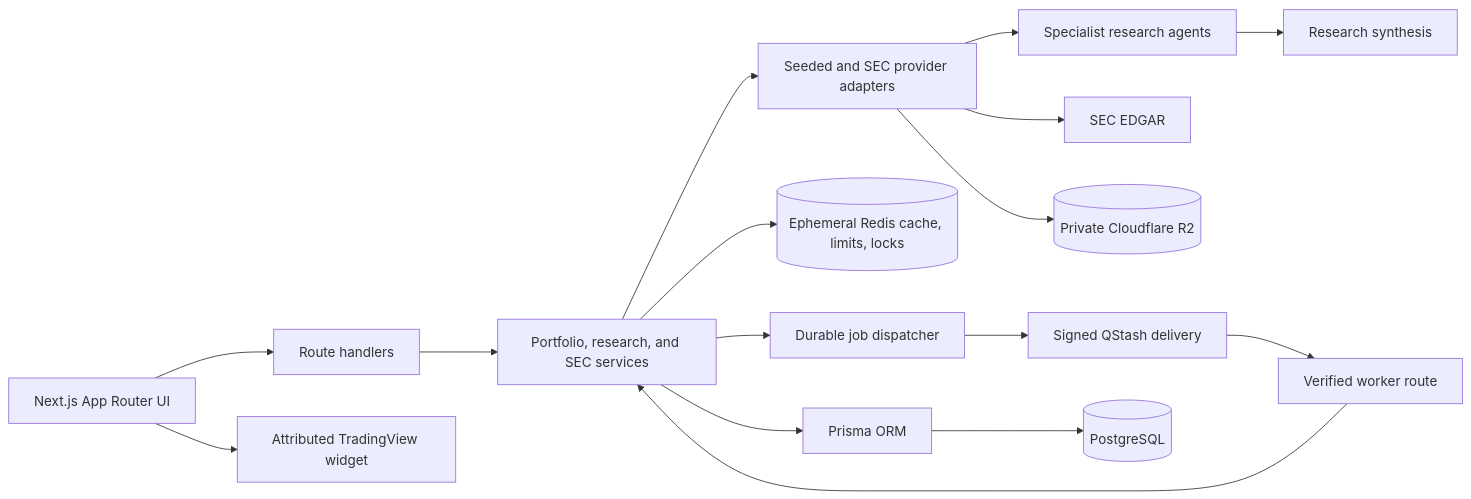
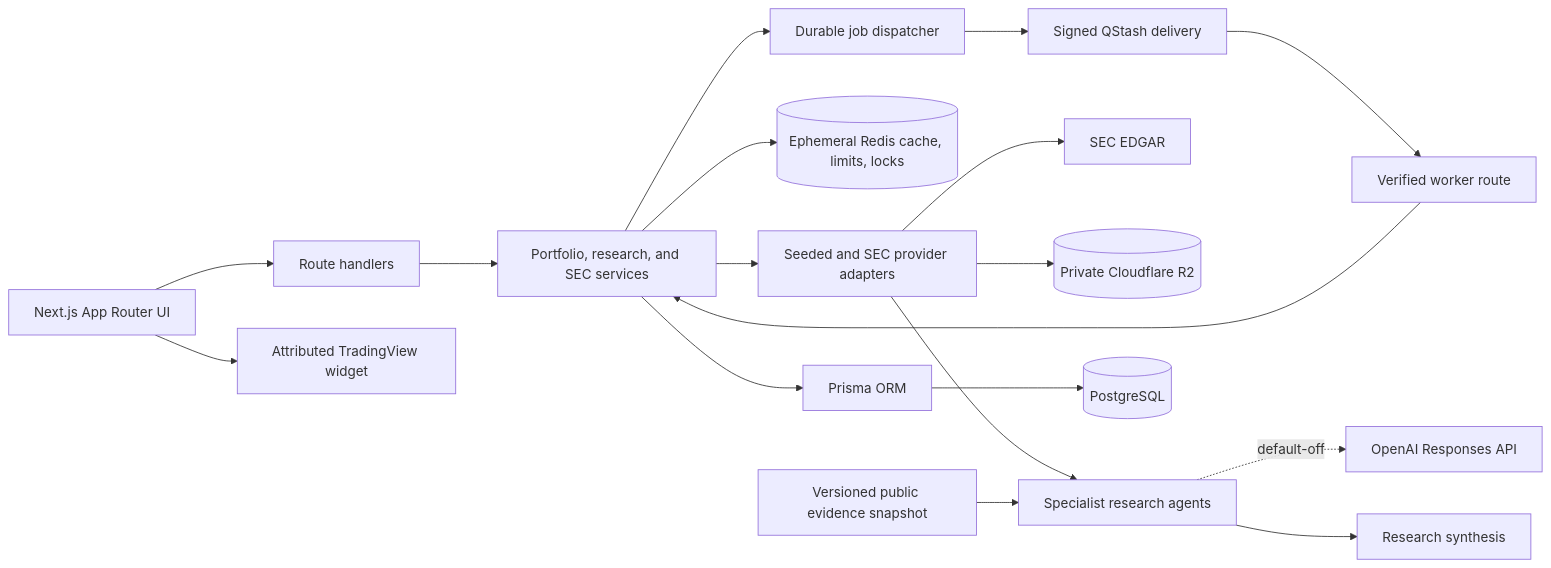
Before and after one commit to JasonServito/portfolio-scope: the diagram in README.md, drawn with Mermaid. The commit also changed other lines of this file and 57 other files, not shown here.

````diff
--- a/README.md
+++ b/README.md
@@ -51,18 +52,20 @@
 ```mermaid
 flowchart LR
   UI[Next.js App Router UI] --> API[Route handlers]
   UI --> TV[Attributed TradingView widget]
   API --> Services[Portfolio, research, and SEC services]
   Services --> Jobs[Durable job dispatcher]
   Jobs --> QStash[Signed QStash delivery]
   QStash --> Worker[Verified worker route]
   Worker --> Services
   Services --> Redis[(Ephemeral Redis cache, limits, locks)]
   Services --> Providers[Seeded and SEC provider adapters]
   Services --> Prisma[Prisma ORM]
   Providers --> SEC[SEC EDGAR]
   Providers --> R2[(Private Cloudflare R2)]
   Providers --> Agents[Specialist research agents]
+  Evidence[Versioned public evidence snapshot] --> Agents
+  Agents -. default-off .-> Model[OpenAI Responses API]
   Agents --> Synthesis[Research synthesis]
   Prisma --> Postgres[(PostgreSQL)]
 ```
````
